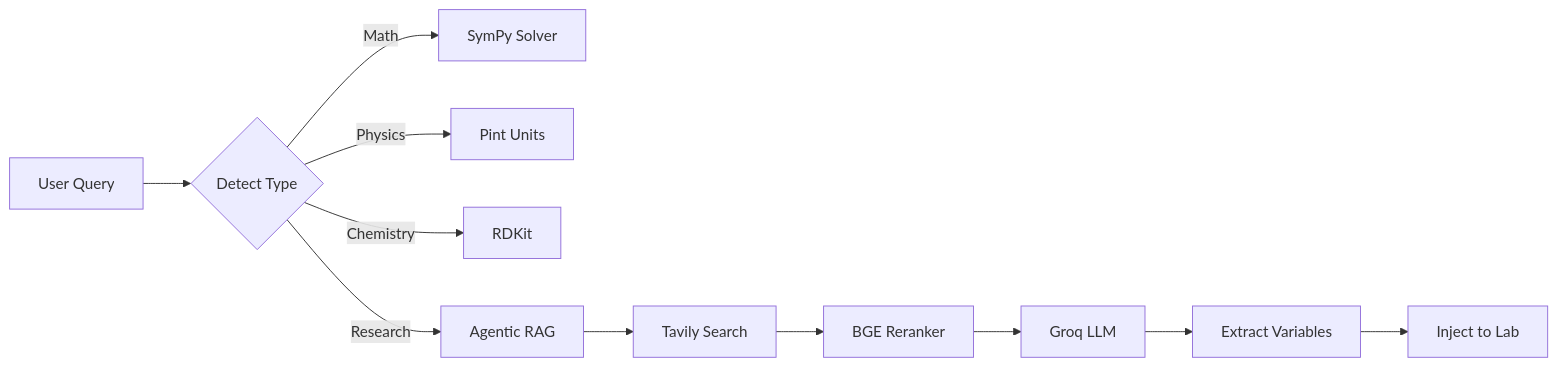
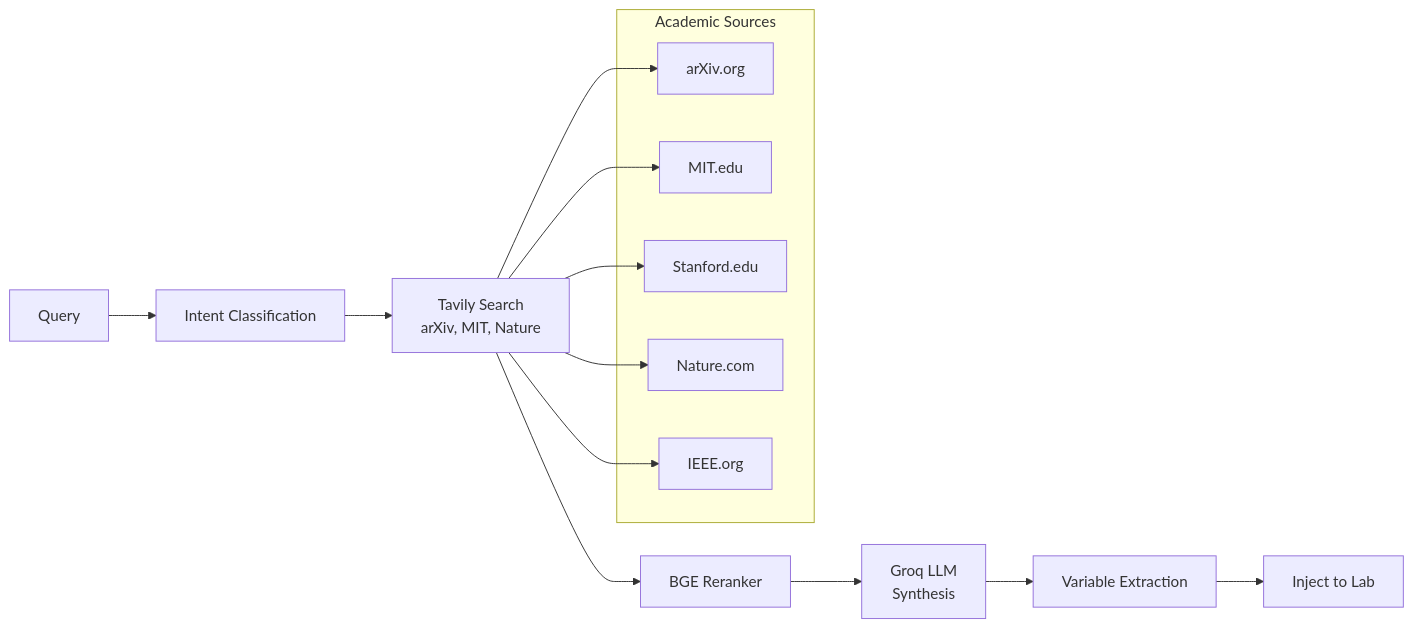
The sixth of 7 diagrams in ILAI_Architecture_Blueprint.md (prasanth-alaparthi/ilai-001), drawn with Mermaid before and after one commit. The commit also changed other lines of this file and 81 other files, not shown here.

````diff
--- a/ILAI_Architecture_Blueprint.md
+++ b/ILAI_Architecture_Blueprint.md
@@ -121,14 +388,19 @@
 ```mermaid
 flowchart LR
-    A[User Query] --> B{Detect Type}
-    B -->|Math| C[SymPy Solver]
-    B -->|Physics| D[Pint Units]
-    B -->|Chemistry| E[RDKit]
-    B -->|Research| F[Agentic RAG]
+    A[Query] --> B[Intent Classification]
+    B --> C[Tavily Search<br/>arXiv, MIT, Nature]
+    C --> D[BGE Reranker]
+    D --> E[Groq LLM<br/>Synthesis]
+    E --> F[Variable Extraction]
+    F --> G[Inject to Lab]
     
-    F --> G[Tavily Search]
-    G --> H[BGE Reranker]
-    H --> I[Groq LLM]
-    I --> J[Extract Variables]
-    J --> K[Inject to Lab]
+    subgraph "Academic Sources"
+        S1[arXiv.org]
+        S2[MIT.edu]
+        S3[Stanford.edu]
+        S4[Nature.com]
+        S5[IEEE.org]
+    end
+    
+    C --> S1 & S2 & S3 & S4 & S5
 ```
````
